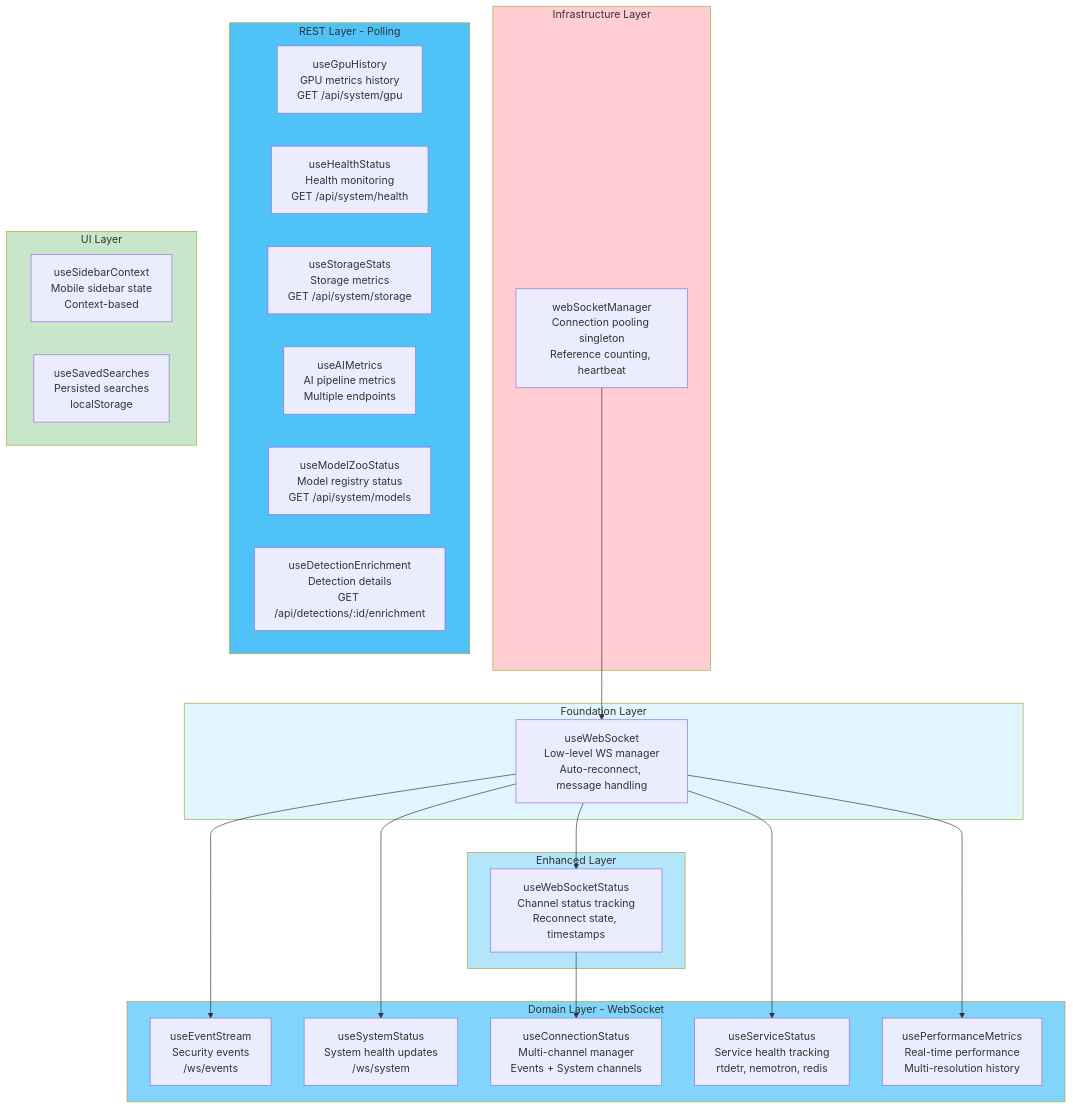
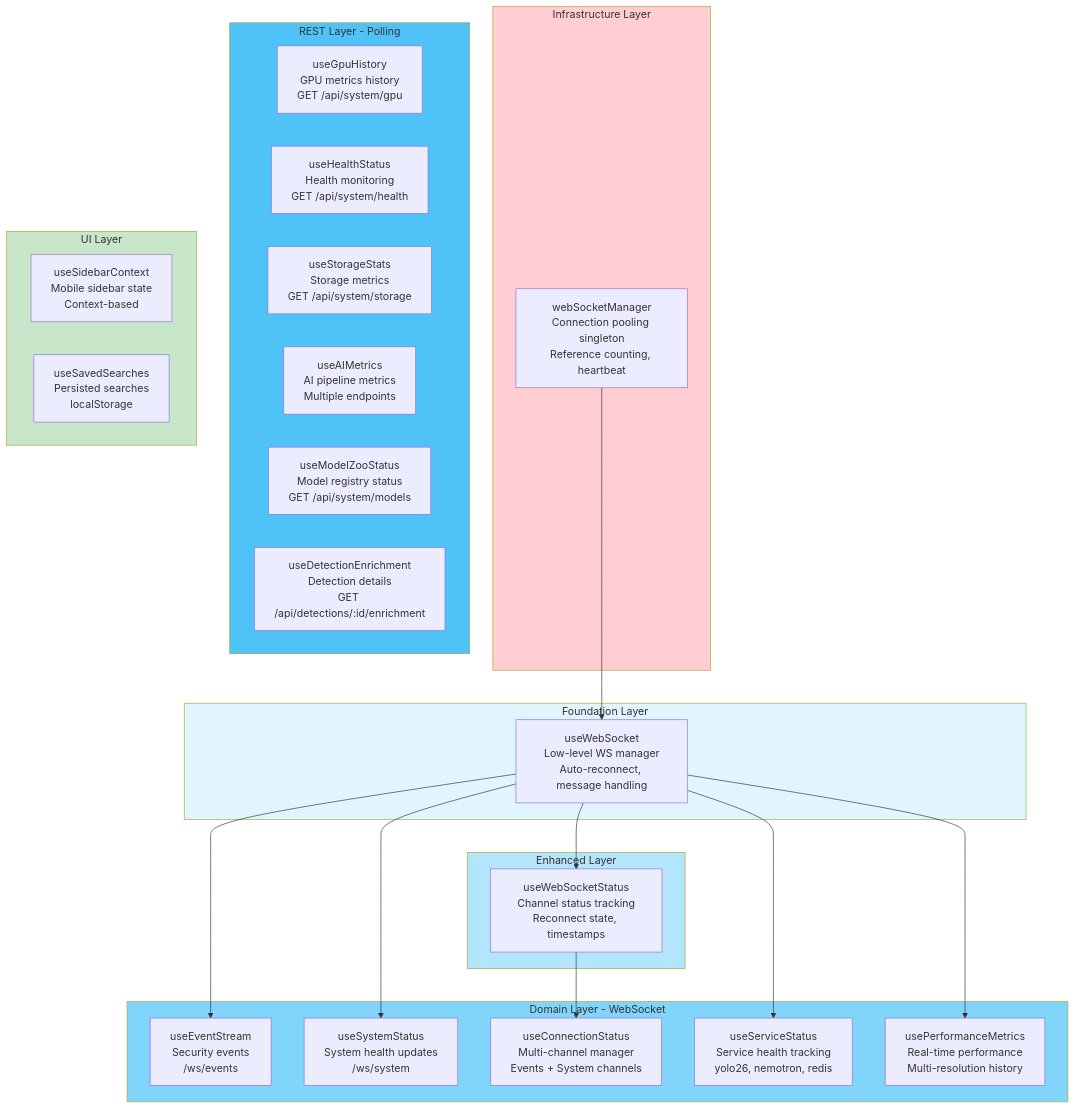
Before and after one commit to mikesvoboda/nemotron-v3-home-security-intelligence: the first of 2 diagrams in docs/architecture/frontend-hooks.md, drawn with Mermaid. The commit also changed other lines of this file and 474 other files, not shown here.

````diff
--- a/docs/architecture/frontend-hooks.md
+++ b/docs/architecture/frontend-hooks.md
@@ -46,51 +46,51 @@
 ```mermaid
 flowchart TB
     subgraph Infrastructure["Infrastructure Layer"]
         webSocketManager["webSocketManager<br/>Connection pooling singleton<br/>Reference counting, heartbeat"]
     end
 
     subgraph Foundation["Foundation Layer"]
         useWebSocket["useWebSocket<br/>Low-level WS manager<br/>Auto-reconnect, message handling"]
     end
 
     subgraph Enhanced["Enhanced Layer"]
         useWebSocketStatus["useWebSocketStatus<br/>Channel status tracking<br/>Reconnect state, timestamps"]
     end
 
     subgraph Domain["Domain Layer - WebSocket"]
         useEventStream["useEventStream<br/>Security events<br/>/ws/events"]
         useSystemStatus["useSystemStatus<br/>System health updates<br/>/ws/system"]
         useConnectionStatus["useConnectionStatus<br/>Multi-channel manager<br/>Events + System channels"]
-        useServiceStatus["useServiceStatus<br/>Service health tracking<br/>rtdetr, nemotron, redis"]
+        useServiceStatus["useServiceStatus<br/>Service health tracking<br/>yolo26, nemotron, redis"]
         usePerformanceMetrics["usePerformanceMetrics<br/>Real-time performance<br/>Multi-resolution history"]
     end
 
     subgraph REST["REST Layer - Polling"]
         useGpuHistory["useGpuHistory<br/>GPU metrics history<br/>GET /api/system/gpu"]
         useHealthStatus["useHealthStatus<br/>Health monitoring<br/>GET /api/system/health"]
         useStorageStats["useStorageStats<br/>Storage metrics<br/>GET /api/system/storage"]
         useAIMetrics["useAIMetrics<br/>AI pipeline metrics<br/>Multiple endpoints"]
         useModelZooStatus["useModelZooStatus<br/>Model registry status<br/>GET /api/system/models"]
         useDetectionEnrichment["useDetectionEnrichment<br/>Detection details<br/>GET /api/detections/:id/enrichment"]
     end
 
     subgraph UI["UI Layer"]
         useSidebarContext["useSidebarContext<br/>Mobile sidebar state<br/>Context-based"]
         useSavedSearches["useSavedSearches<br/>Persisted searches<br/>localStorage"]
     end
 
     webSocketManager --> useWebSocket
     useWebSocket --> useWebSocketStatus
     useWebSocketStatus --> useConnectionStatus
     useWebSocket --> useEventStream
     useWebSocket --> useSystemStatus
     useWebSocket --> useServiceStatus
     useWebSocket --> usePerformanceMetrics
 
     style Infrastructure fill:#ffcdd2
     style Foundation fill:#e1f5ff
     style Enhanced fill:#b3e5fc
     style Domain fill:#81d4fa
     style REST fill:#4fc3f7
     style UI fill:#c8e6c9
 ```
````
